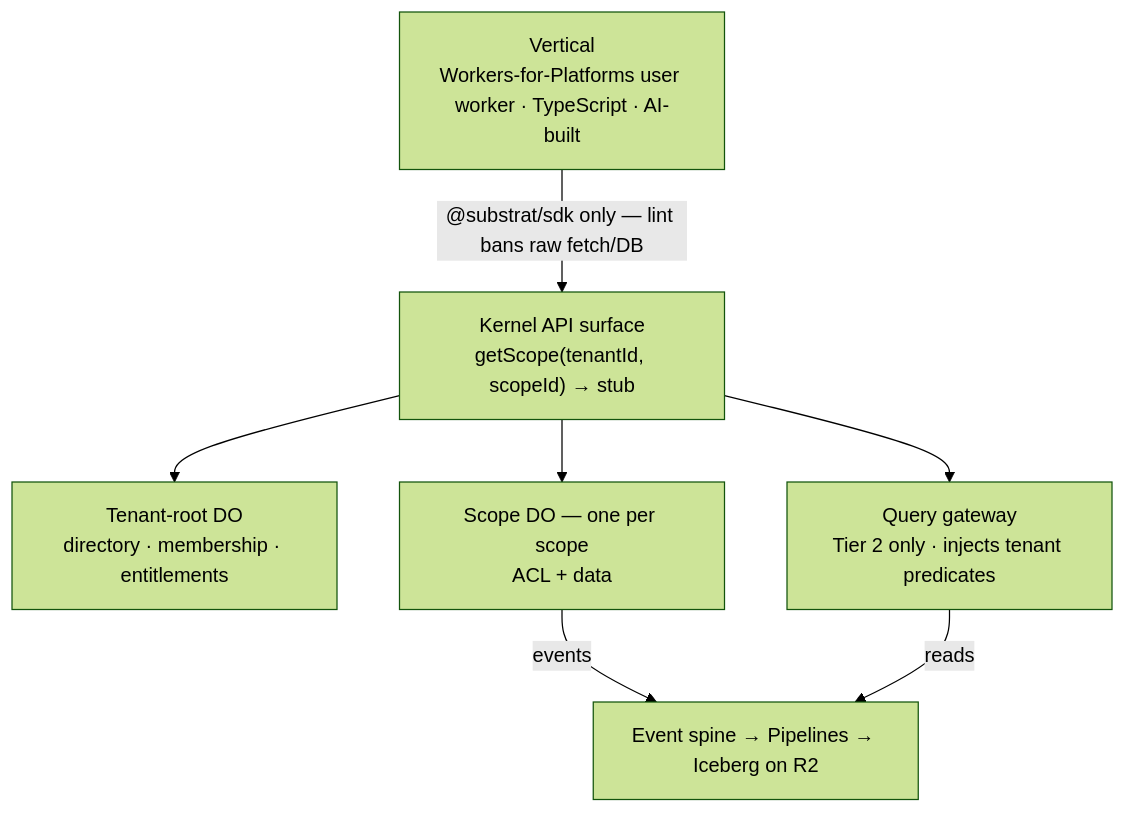
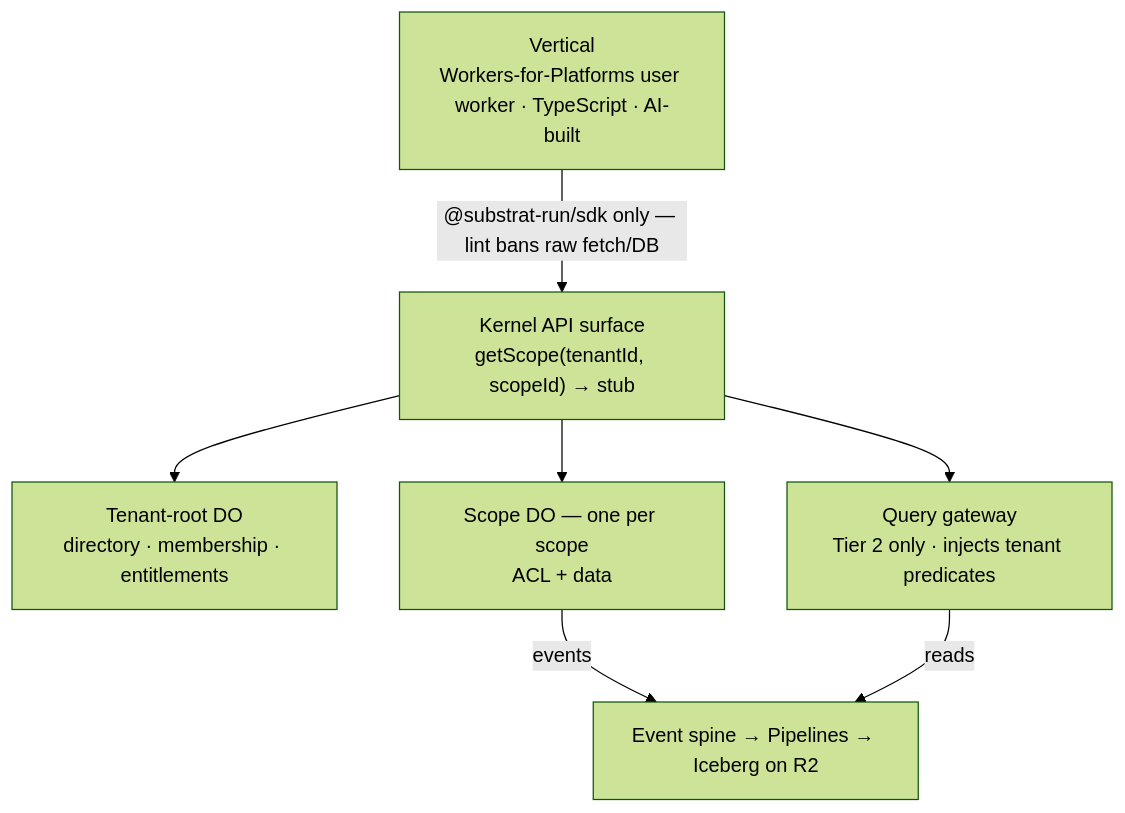
One commit to markusahlstrand/chassis changed the diagram in docs/design/kernel-design.md. Above: the diagram before and after it, drawn with Mermaid (forest theme). The commit also changed other lines of this file and 54 other files, not shown here.

First line of the commit message:
Scope sweep: @substrat/* → @substrat-run/* (org claimed)

````diff
--- a/docs/design/kernel-design.md
+++ b/docs/design/kernel-design.md
@@ -42,16 +42,16 @@
 ```mermaid
 flowchart TB
     V["Vertical<br/>Workers-for-Platforms user worker · TypeScript · AI-built"]
     API["Kernel API surface<br/>getScope(tenantId, scopeId) → stub"]
     TR["Tenant-root DO<br/>directory · membership · entitlements"]
     S["Scope DO — one per scope<br/>ACL + data"]
     QG["Query gateway<br/>Tier 2 only · injects tenant predicates"]
     SPINE["Event spine → Pipelines → Iceberg on R2"]
 
-    V -->|"@substrat/sdk only — lint bans raw fetch/DB"| API
+    V -->|"@substrat-run/sdk only — lint bans raw fetch/DB"| API
     API --> TR
     API --> S
     API --> QG
     S -->|events| SPINE
     QG -->|reads| SPINE
 ```
````
